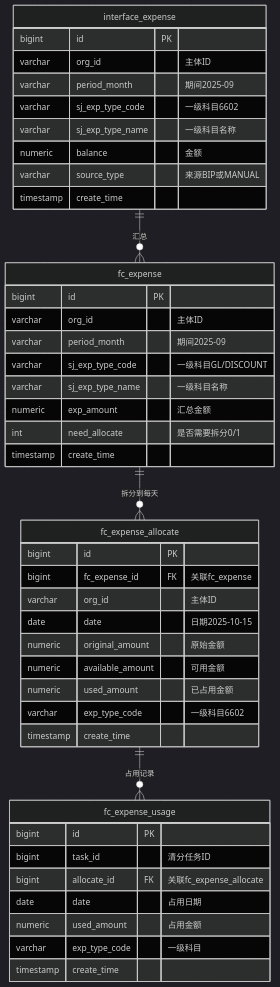
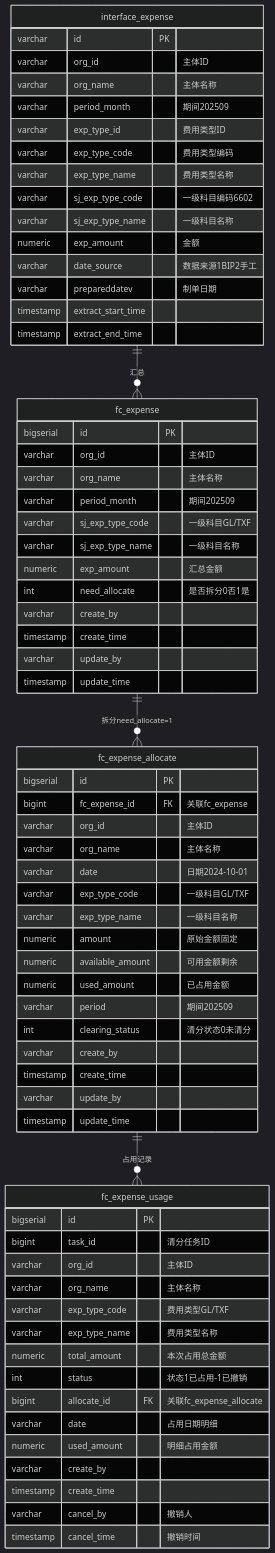
Before and after one commit to garyma-ai01/clearing-system: the first of 2 diagrams in README.md, drawn with Mermaid (dark theme). The commit also changed other lines of this file, not shown here.

````diff
--- a/README.md
+++ b/README.md
@@ -41,50 +62,75 @@
 ```mermaid
 erDiagram
     interface_expense ||--o{ fc_expense : "汇总"
-    fc_expense ||--o{ fc_expense_allocate : "拆分到每天"
+    fc_expense ||--o{ fc_expense_allocate : "拆分need_allocate=1"
     fc_expense_allocate ||--o{ fc_expense_usage : "占用记录"
     
     interface_expense {
-        bigint id PK
+        varchar id PK
         varchar org_id "主体ID"
-        varchar period_month "期间2025-09"
-        varchar sj_exp_type_code "一级科目6602"
+        varchar org_name "主体名称"
+        varchar period_month "期间202509"
+        varchar exp_type_id "费用类型ID"
+        varchar exp_type_code "费用类型编码"
+        varchar exp_type_name "费用类型名称"
+        varchar sj_exp_type_code "一级科目编码6602"
         varchar sj_exp_type_name "一级科目名称"
-        numeric balance "金额"
-        varchar source_type "来源BIP或MANUAL"
-        timestamp create_time
+        numeric exp_amount "金额"
+        varchar date_source "数据来源1BIP2手工"
+        varchar prepareddatev "制单日期"
+        timestamp extract_start_time
+        timestamp extract_end_time
     }
     
     fc_expense {
-        bigint id PK
+        bigserial id PK
         varchar org_id "主体ID"
-        varchar period_month "期间2025-09"
-        varchar sj_exp_type_code "一级科目GL/DISCOUNT"
+        varchar org_name "主体名称"
+        varchar period_month "期间202509"
+        varchar sj_exp_type_code "一级科目GL/TXF"
         varchar sj_exp_type_name "一级科目名称"
         numeric exp_amount "汇总金额"
-        int need_allocate "是否需要拆分0/1"
+        int need_allocate "是否拆分0否1是"
+        varchar create_by
         timestamp create_time
+        varchar update_by
+        timestamp update_time
     }
     
     fc_expense_allocate {
-        bigint id PK
+        bigserial id PK
         bigint fc_expense_id FK "关联fc_expense"
         varchar org_id "主体ID"
-        date date "日期2025-10-15"
-        numeric original_amount "原始金额"
-        numeric available_amount "可用金额"
+        varchar org_name "主体名称"
+        varchar date "日期2024-10-01"
+        varchar exp_type_code "一级科目GL/TXF"
+        varchar exp_type_name "一级科目名称"
+        numeric amount "原始金额固定"
+        numeric available_amount "可用金额剩余"
         numeric used_amount "已占用金额"
-        varchar exp_type_code "一级科目6602"
+        varchar period "期间202509"
+        int clearing_status "清分状态0未清分"
+        varchar create_by
         timestamp create_time
+        varchar update_by
+        timestamp update_time
     }
     
     fc_expense_usage {
-        bigint id PK
+        bigserial id PK
         bigint task_id "清分任务ID"
+        varchar org_id "主体ID"
+        varchar org_name "主体名称"
+        varchar exp_type_code "费用类型GL/TXF"
+        varchar exp_type_name "费用类型名称"
+        numeric total_amount "本次占用总金额"
+        int status "状态1已占用-1已撤销"
         bigint allocate_id FK "关联fc_expense_allocate"
-        date date "占用日期"
-        numeric used_amount "占用金额"
-        varchar exp_type_code "一级科目"
+        varchar date "占用日期明细"
+        numeric used_amount "明细占用金额"
+        varchar create_by
         timestamp create_time
+        varchar cancel_by "撤销人"
+        timestamp cancel_time "撤销时间"
     }
 ```
````
